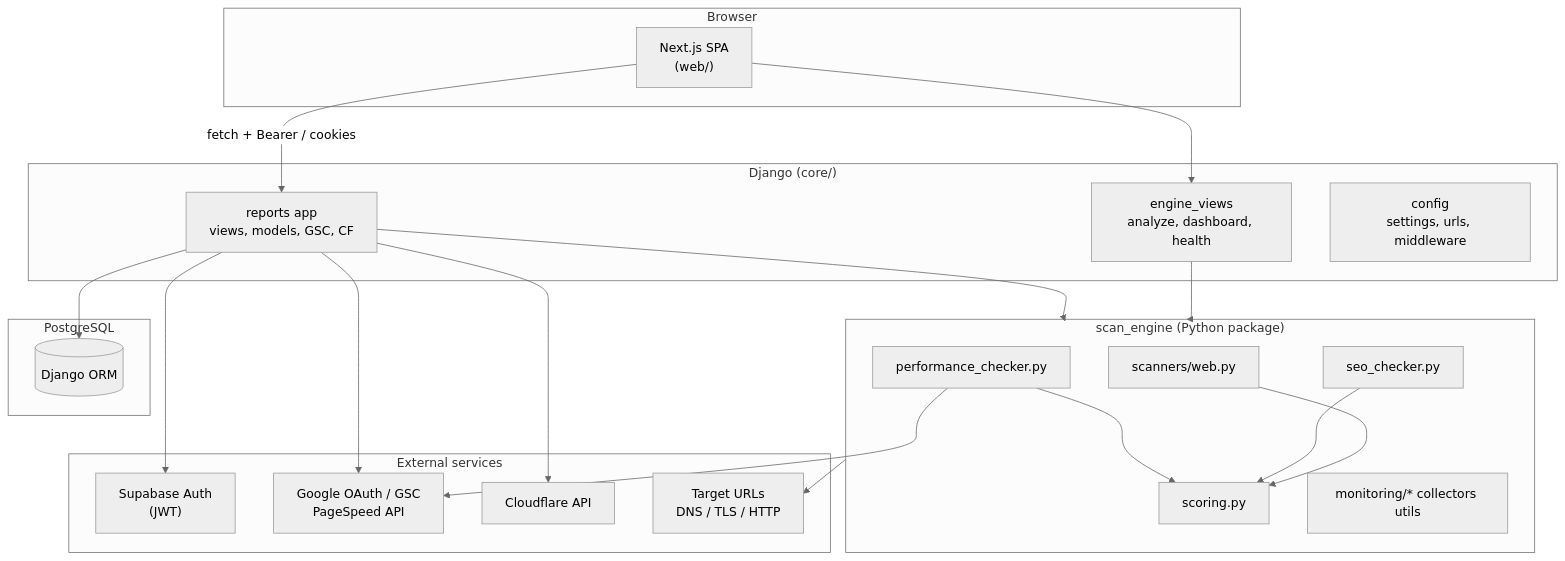
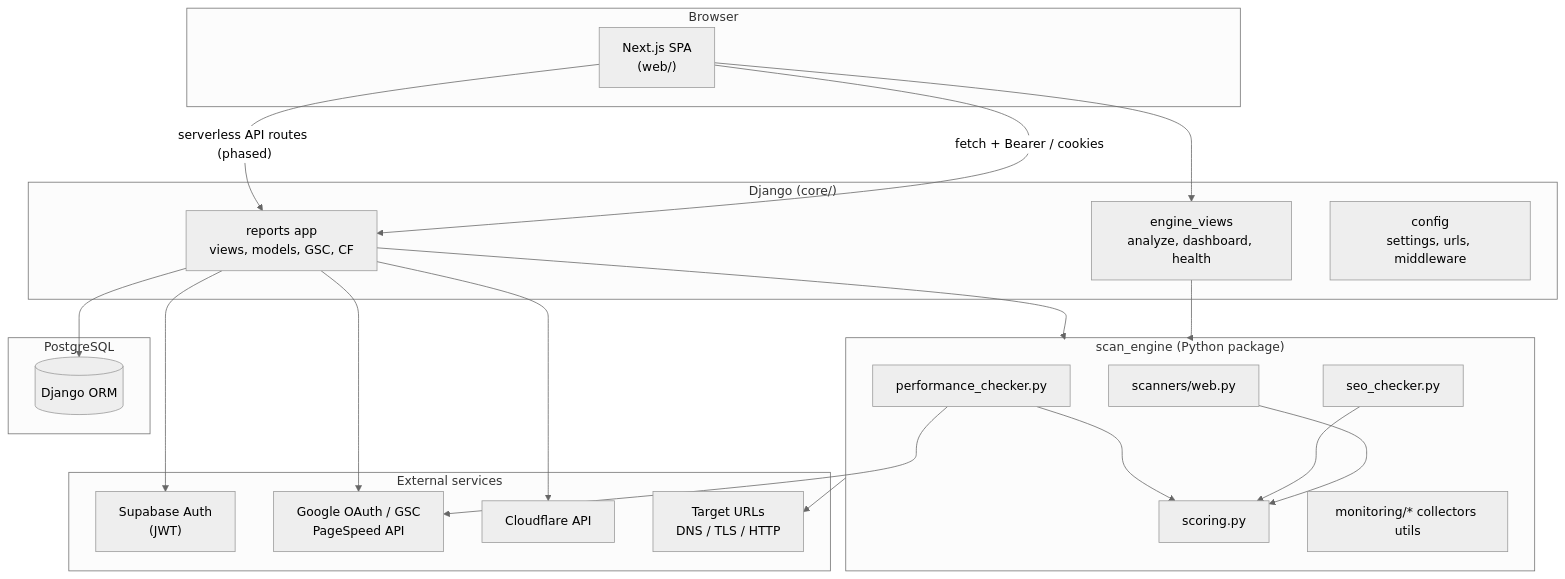
One commit to dineshkorukonda/monix changed the diagram in ARCHITECTURE.md. Above: the diagram before and after it, drawn with Mermaid (neutral theme). The commit also changed other lines of this file and 30 other files, not shown here.

Commit message:
feat(web): add layered nextjs integration api routes for gsc and cloudflare

````diff
--- a/ARCHITECTURE.md
+++ b/ARCHITECTURE.md
@@ -22,45 +22,46 @@
 ```mermaid
 flowchart TB
   subgraph client["Browser"]
     Next["Next.js SPA\n(web/)"]
   end
 
   subgraph api["Django (core/)"]
     Reports["reports app\nviews, models, GSC, CF"]
     EngineViews["engine_views\nanalyze, dashboard, health"]
     Config["config\nsettings, urls, middleware"]
   end
 
   subgraph engine["scan_engine (Python package)"]
     Scanners["scanners/web.py"]
     SEO["seo_checker.py"]
     Perf["performance_checker.py"]
     Score["scoring.py"]
     Mon["monitoring/* collectors utils"]
   end
 
   subgraph data["PostgreSQL"]
     ORM[(Django ORM)]
   end
 
   subgraph external["External services"]
     Supabase["Supabase Auth\n(JWT)"]
     Google["Google OAuth / GSC\nPageSpeed API"]
     CFAPI["Cloudflare API"]
     Remote["Target URLs\nDNS / TLS / HTTP"]
   end
 
   Next -->|"fetch + Bearer / cookies"| Reports
   Next --> EngineViews
   Reports --> Supabase
   Reports --> ORM
   EngineViews --> engine
   Reports --> engine
   engine --> Remote
   Perf --> Google
   Reports --> Google
   Reports --> CFAPI
+  Next -->|"serverless API routes (phased)"| Reports
   Scanners --> Score
   SEO --> Score
   Perf --> Score
 ```
````
